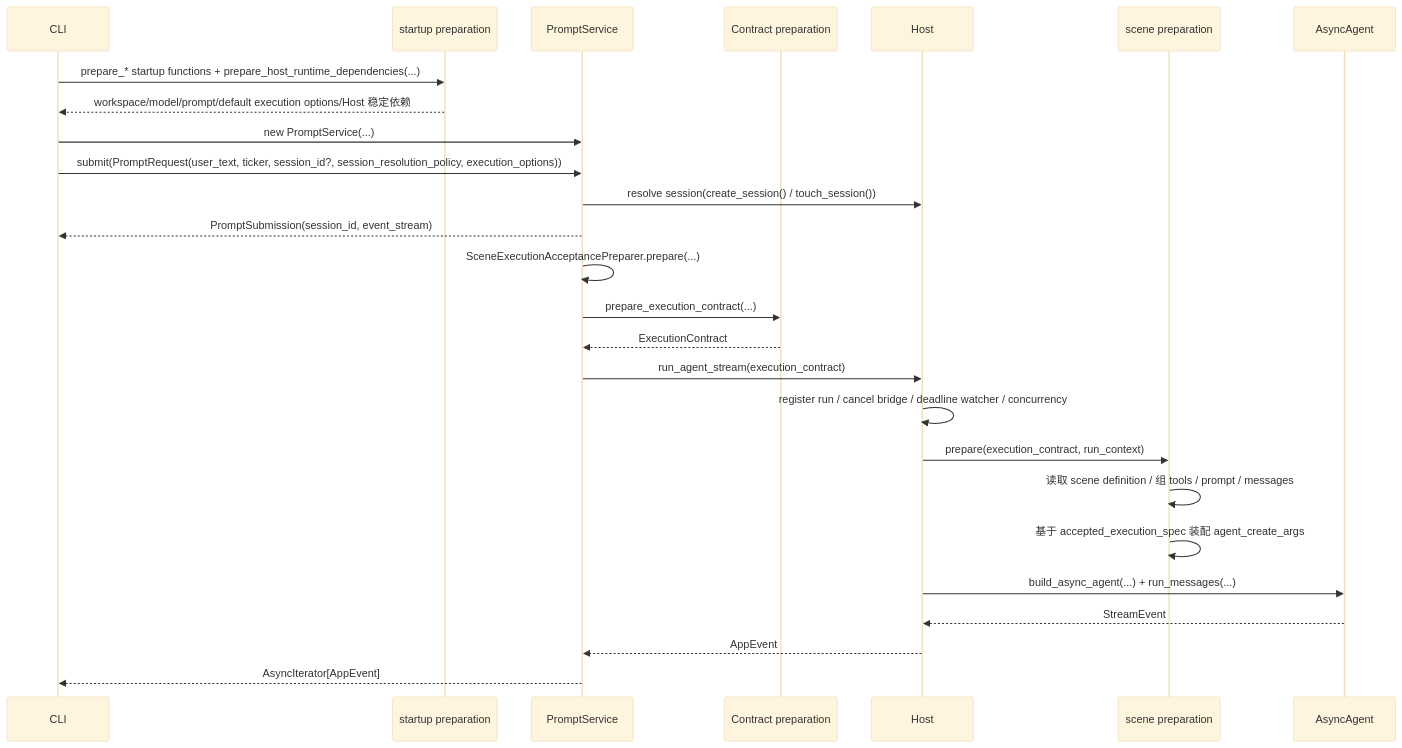
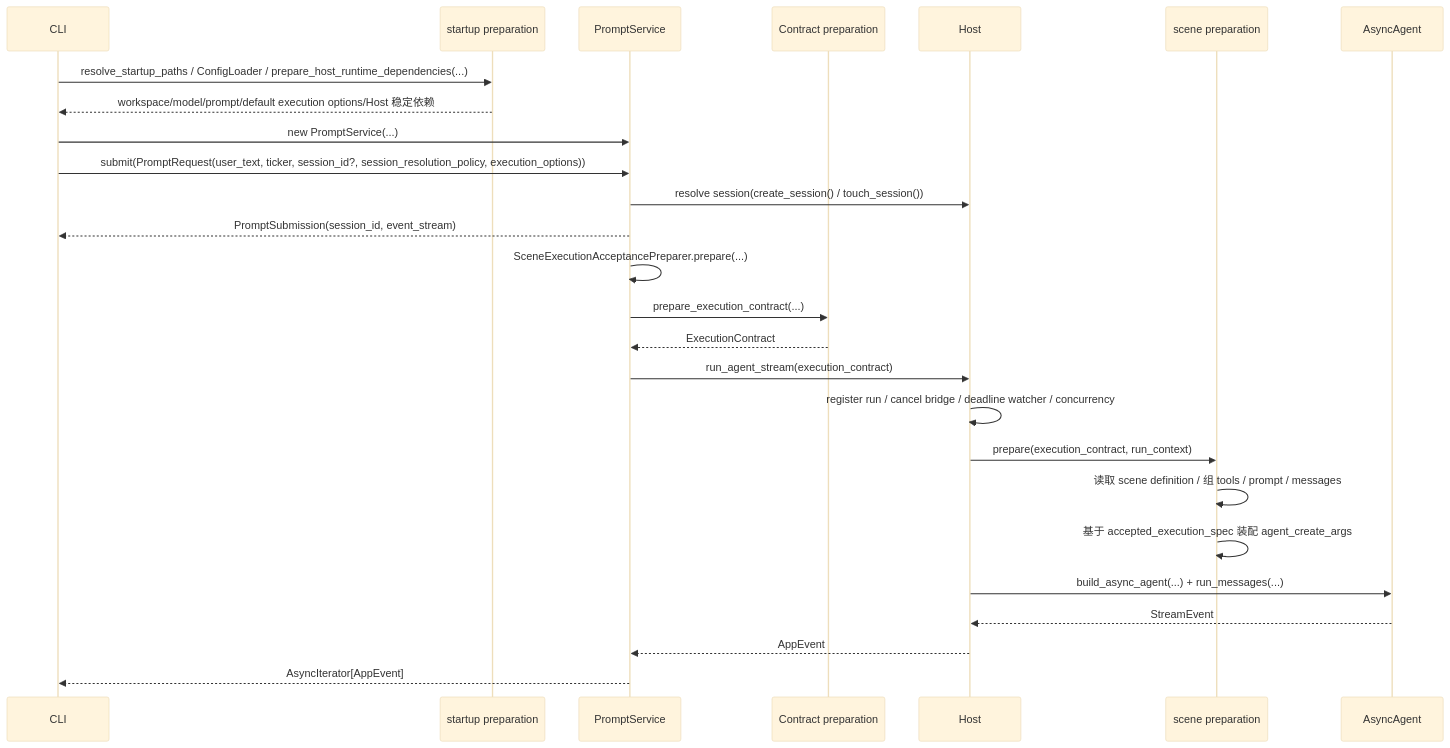
The third of 4 diagrams in dayu/README.md (noho/dayu-agent), drawn with Mermaid (base theme) before and after one commit. The commit also changed other lines of this file and 6 other files, not shown here.

````diff
--- a/dayu/README.md
+++ b/dayu/README.md
@@ -171,29 +171,29 @@
 ```mermaid
 sequenceDiagram
     participant UI as CLI
     participant Startup as startup preparation
     participant Service as PromptService
     participant Contract as Contract preparation
     participant Host as Host
     participant SP as scene preparation
     participant Agent as AsyncAgent
 
-    UI->>Startup: prepare_* startup functions + prepare_host_runtime_dependencies(...)
+    UI->>Startup: resolve_startup_paths / ConfigLoader / prepare_host_runtime_dependencies(...)
     Startup-->>UI: workspace/model/prompt/default execution options/Host 稳定依赖
     UI->>Service: new PromptService(...)
     UI->>Service: submit(PromptRequest(user_text, ticker, session_id?, session_resolution_policy, execution_options))
     Service->>Host: resolve session(create_session() / touch_session())
     Service-->>UI: PromptSubmission(session_id, event_stream)
     Service->>Service: SceneExecutionAcceptancePreparer.prepare(...)
     Service->>Contract: prepare_execution_contract(...)
     Contract-->>Service: ExecutionContract
     Service->>Host: run_agent_stream(execution_contract)
     Host->>Host: register run / cancel bridge / deadline watcher / concurrency
     Host->>SP: prepare(execution_contract, run_context)
     SP->>SP: 读取 scene definition / 组 tools / prompt / messages
     SP->>SP: 基于 accepted_execution_spec 装配 agent_create_args
     Host->>Agent: build_async_agent(...) + run_messages(...)
     Agent-->>Host: StreamEvent
     Host-->>Service: AppEvent
     Service-->>UI: AsyncIterator[AppEvent]
 ```
````
